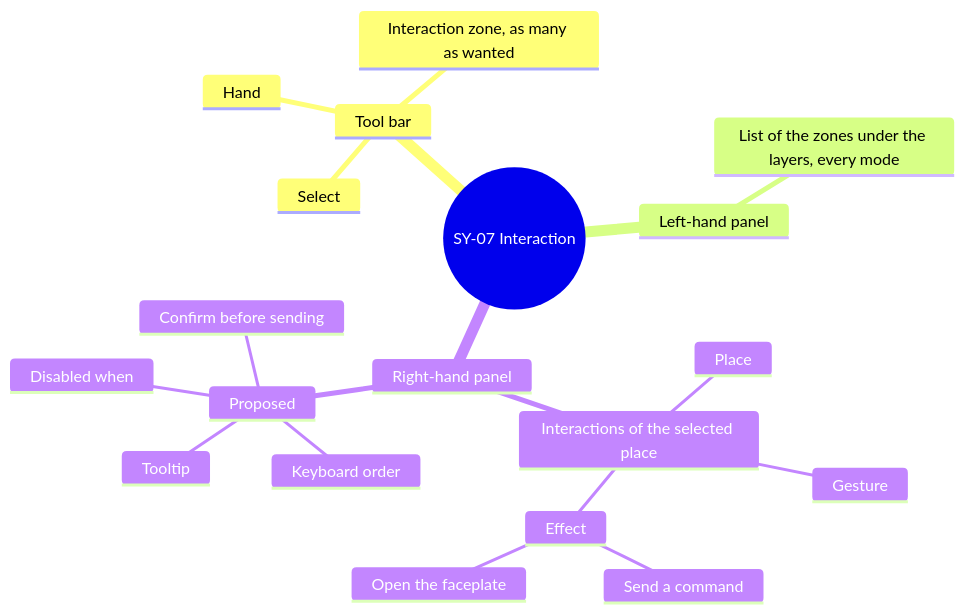
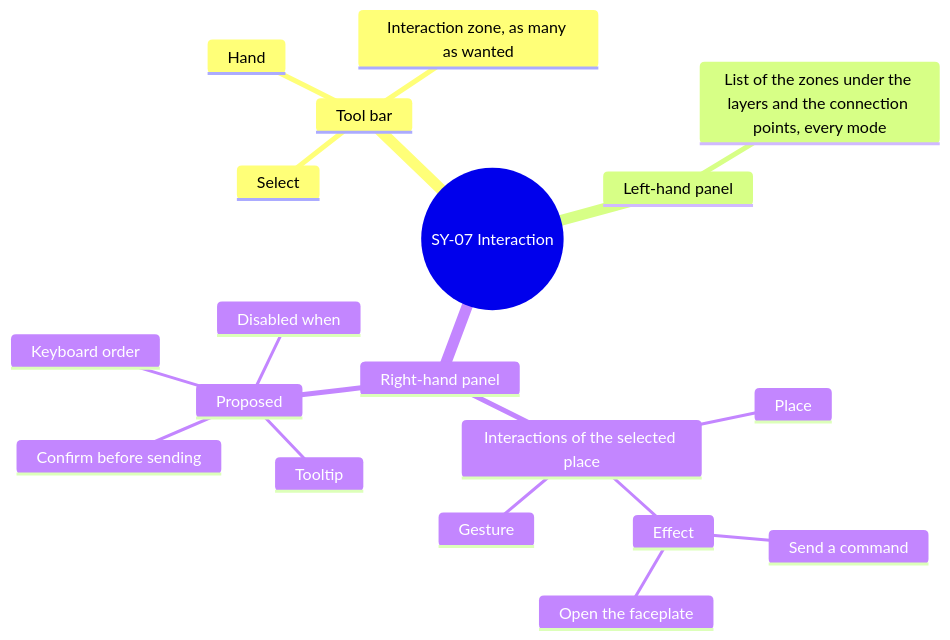
Before and after one commit to AlexandreGallais/synoptic-studio-spec: the ninth of 16 diagrams in screens/symbols.md, drawn with Mermaid. The commit also changed other lines of this file and 4 other files, not shown here.

First line of the commit message:
docs(symbols): connection points before zones, a mode icon on each list title

````diff
--- a/screens/symbols.md
+++ b/screens/symbols.md
@@ -411,22 +411,22 @@
 ```mermaid
 mindmap
   root((SY-07 Interaction))
     Tool bar
       Select
       Hand
       Interaction zone, as many as wanted
     Left-hand panel
-      List of the zones under the layers, every mode
+      List of the zones under the layers and the connection points, every mode
     Right-hand panel
       Interactions of the selected place
         Place
         Gesture
         Effect
           Send a command
           Open the faceplate
       Proposed
         Disabled when
         Confirm before sending
         Tooltip
         Keyboard order
 ```
````
